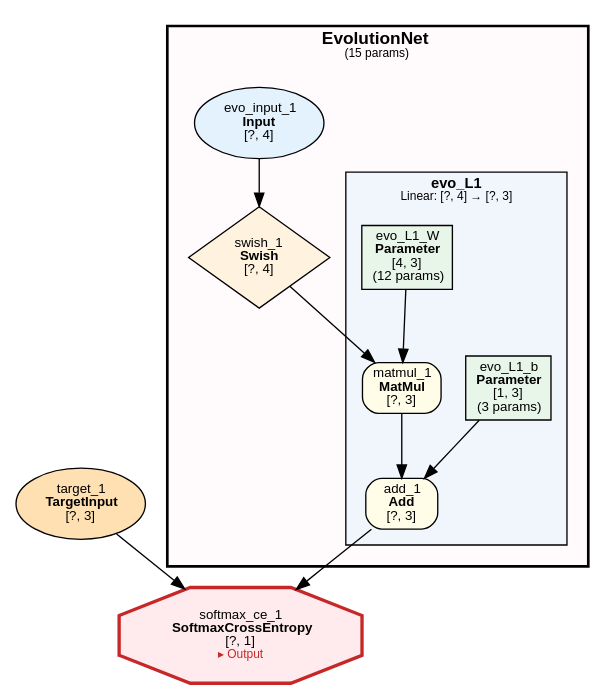
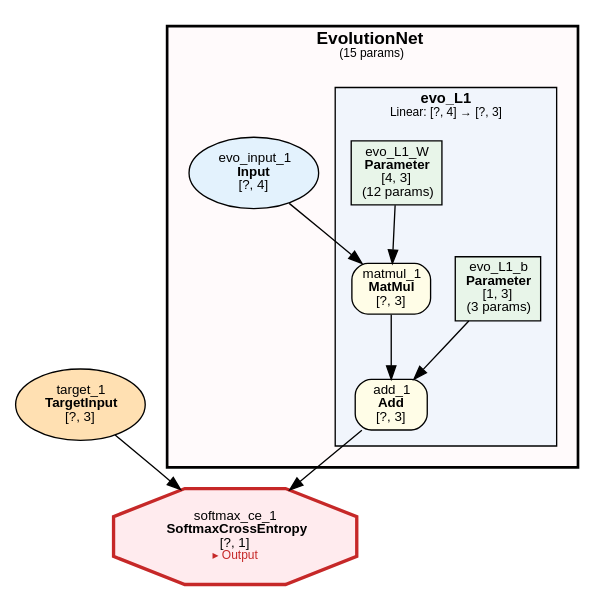
The diagram in examples/evolution_iris/evolution_iris.dot (dbsxdbsx/only_torch), drawn with Graphviz before and after one commit. The commit also changed 17 other files, not shown here.

```diff
--- a/examples/evolution_iris/evolution_iris.dot
+++ b/examples/evolution_iris/evolution_iris.dot
@@ -1,43 +1,41 @@
 digraph ComputeGraph {
     rankdir=TB;
     newrank=true;
     splines=polyline;
     node [fontname="Microsoft YaHei,SimHei,Arial"];
     edge [fontname="Microsoft YaHei,SimHei,Arial"];
 
     subgraph cluster_model_EvolutionNet {
         label=<<B>EvolutionNet</B><BR/><FONT POINT-SIZE="9">(15 params)</FONT>>;
         style="filled,bold";
         fillcolor="#FFEBEE40";
         fontname="Microsoft YaHei,SimHei,Arial";
         fontsize=13;
         margin=16;
 
         subgraph cluster_EvolutionNet_evo_L1 {
             label=<<B>evo_L1</B><BR/><FONT POINT-SIZE="9">Linear: [?, 4] → [?, 3]</FONT>>;
             style=filled;
             fillcolor="#E3F2FD80";
             fontname="Microsoft YaHei,SimHei,Arial";
             fontsize=11;
             margin=12;
                 "2" [label=<add_1<BR/><B>Add</B><BR/>[?, 3]> shape=box style="filled,rounded" fillcolor="#FFFDE7" fontsize=10];
                 "4" [label=<matmul_1<BR/><B>MatMul</B><BR/>[?, 3]> shape=box style="filled,rounded" fillcolor="#FFFDE7" fontsize=10];
                 "5" [label=<evo_L1_b<BR/><B>Parameter</B><BR/>[1, 3]<BR/>(3 params)> shape=box style=filled fillcolor="#E8F5E9" fontsize=10];
                 "7" [label=<evo_L1_W<BR/><B>Parameter</B><BR/>[4, 3]<BR/>(12 params)> shape=box style=filled fillcolor="#E8F5E9" fontsize=10];
         }
 
-        "6" [label=<swish_1<BR/><B>Swish</B><BR/>[?, 4]> shape=diamond style=filled fillcolor="#FFF3E0" fontsize=10];
-        "8" [label=<evo_input_1<BR/><B>Input</B><BR/>[?, 4]> shape=ellipse style=filled fillcolor="#E3F2FD" fontsize=10];
+        "6" [label=<evo_input_1<BR/><B>Input</B><BR/>[?, 4]> shape=ellipse style=filled fillcolor="#E3F2FD" fontsize=10];
     }
 
     "1" [label=<softmax_ce_1<BR/><B>SoftmaxCrossEntropy</B><BR/>[?, 1]<BR/><FONT COLOR="#C62828" POINT-SIZE="9">▸ Output</FONT>> shape=octagon style=filled fillcolor="#FFEBEE" fontsize=10 penwidth=2.5 color="#C62828"];
     "3" [label=<target_1<BR/><B>TargetInput</B><BR/>[?, 3]> shape=ellipse style=filled fillcolor="#FFE0B2" fontsize=10];
 
     "2" -> "1";
     "3" -> "1";
     "4" -> "2";
     "5" -> "2";
     "6" -> "4";
     "7" -> "4";
-    "8" -> "6";
 }
```
